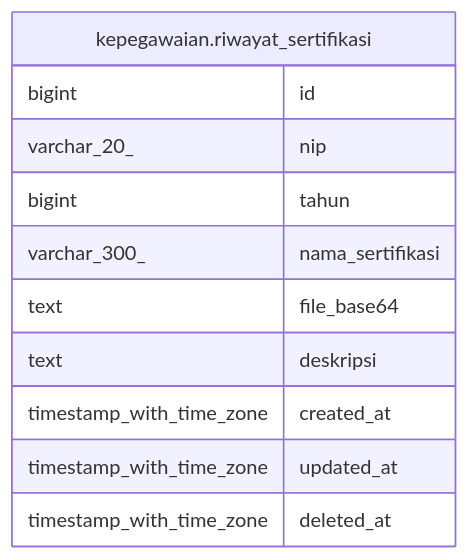
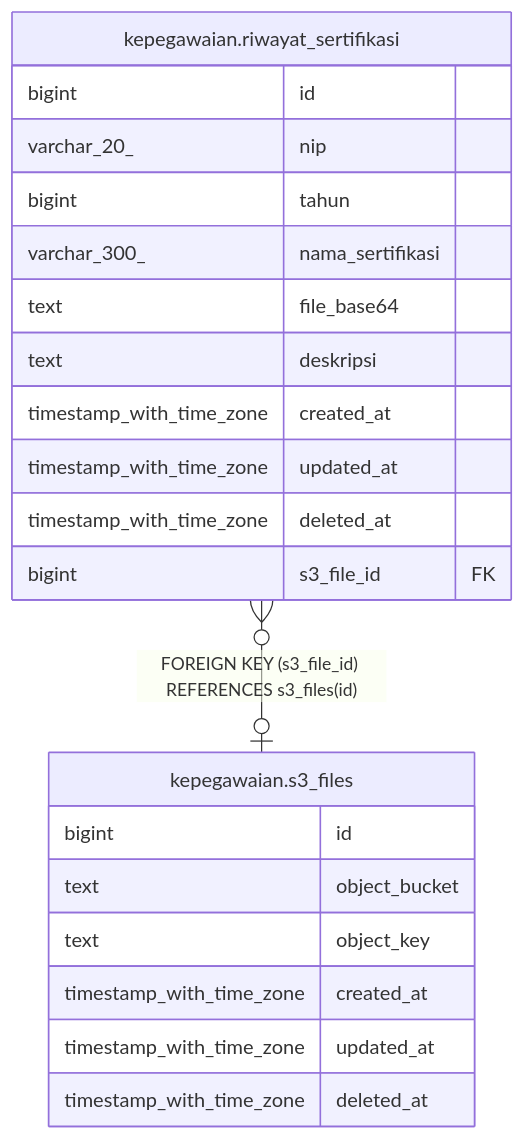
One commit to nandanugg/triforce.nvim changed the diagram in services/kepegawaian/docs/db/kepegawaian.riwayat_sertifikasi.md. Above: the diagram before and after it, drawn with Mermaid. The commit also changed other lines of this file and 41 other files, not shown here.

````diff
--- a/services/kepegawaian/docs/db/kepegawaian.riwayat_sertifikasi.md
+++ b/services/kepegawaian/docs/db/kepegawaian.riwayat_sertifikasi.md
@@ -35,16 +37,26 @@
 ```mermaid
 erDiagram
 
+"kepegawaian.riwayat_sertifikasi" }o--o| "kepegawaian.s3_files" : "FOREIGN KEY (s3_file_id) REFERENCES s3_files(id)"
 
 "kepegawaian.riwayat_sertifikasi" {
   bigint id
   varchar_20_ nip
   bigint tahun
   varchar_300_ nama_sertifikasi
   text file_base64
   text deskripsi
   timestamp_with_time_zone created_at
   timestamp_with_time_zone updated_at
   timestamp_with_time_zone deleted_at
+  bigint s3_file_id FK
+}
+"kepegawaian.s3_files" {
+  bigint id
+  text object_bucket
+  text object_key
+  timestamp_with_time_zone created_at
+  timestamp_with_time_zone updated_at
+  timestamp_with_time_zone deleted_at
 }
 ```
````
